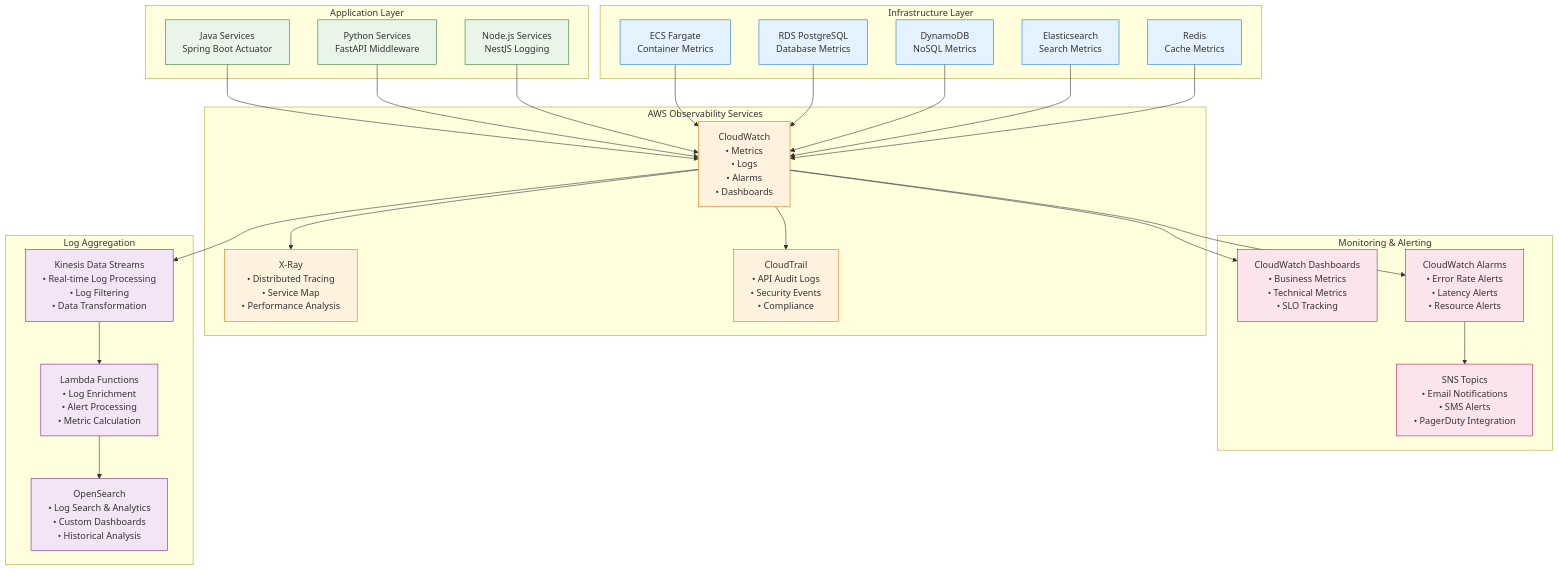
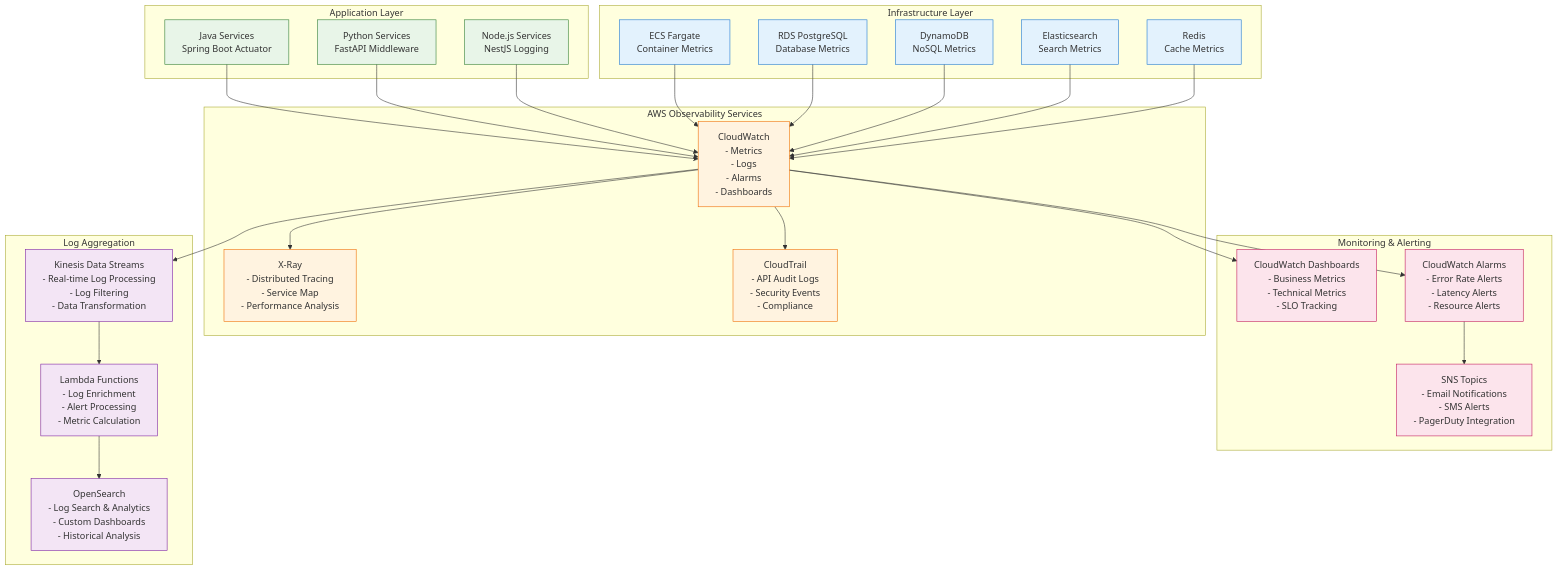
Diagram 12 of 13 in docs/architecture-diagrams.md (Sumitbhoyar/bookstore-microservices), drawn with Mermaid before and after one commit. The commit also changed other lines of this file, not shown here.

Commit message:
Refactor architecture diagrams for improved readability by changing bullet points from '•' to '-' in service descriptions across all layers.

````diff
--- a/docs/architecture-diagrams.md
+++ b/docs/architecture-diagrams.md
@@ -588,68 +588,68 @@
 ```mermaid
 graph TB
     subgraph "Application Layer"
         Java[Java Services<br/>Spring Boot Actuator]
         Python[Python Services<br/>FastAPI Middleware]
         NodeJS[Node.js Services<br/>NestJS Logging]
     end
 
     subgraph "Infrastructure Layer"
         ECS[ECS Fargate<br/>Container Metrics]
         RDS[RDS PostgreSQL<br/>Database Metrics]
         DynamoDB[DynamoDB<br/>NoSQL Metrics]
         Elastic[Elasticsearch<br/>Search Metrics]
         Redis[Redis<br/>Cache Metrics]
     end
 
     subgraph "AWS Observability Services"
-        CloudWatch[CloudWatch<br/>• Metrics<br/>• Logs<br/>• Alarms<br/>• Dashboards]
-        XRay[X-Ray<br/>• Distributed Tracing<br/>• Service Map<br/>• Performance Analysis]
-        CloudTrail[CloudTrail<br/>• API Audit Logs<br/>• Security Events<br/>• Compliance]
+        CloudWatch[CloudWatch<br/>- Metrics<br/>- Logs<br/>- Alarms<br/>- Dashboards]
+        XRay[X-Ray<br/>- Distributed Tracing<br/>- Service Map<br/>- Performance Analysis]
+        CloudTrail[CloudTrail<br/>- API Audit Logs<br/>- Security Events<br/>- Compliance]
     end
 
     subgraph "Monitoring & Alerting"
-        Dashboards[CloudWatch Dashboards<br/>• Business Metrics<br/>• Technical Metrics<br/>• SLO Tracking]
-        Alarms[CloudWatch Alarms<br/>• Error Rate Alerts<br/>• Latency Alerts<br/>• Resource Alerts]
-        SNS[SNS Topics<br/>• Email Notifications<br/>• SMS Alerts<br/>• PagerDuty Integration]
+        Dashboards[CloudWatch Dashboards<br/>- Business Metrics<br/>- Technical Metrics<br/>- SLO Tracking]
+        Alarms[CloudWatch Alarms<br/>- Error Rate Alerts<br/>- Latency Alerts<br/>- Resource Alerts]
+        SNS[SNS Topics<br/>- Email Notifications<br/>- SMS Alerts<br/>- PagerDuty Integration]
     end
 
     subgraph "Log Aggregation"
-        Kinesis[Kinesis Data Streams<br/>• Real-time Log Processing<br/>• Log Filtering<br/>• Data Transformation]
-        Lambda[Lambda Functions<br/>• Log Enrichment<br/>• Alert Processing<br/>• Metric Calculation]
-        OpenSearch[OpenSearch<br/>• Log Search & Analytics<br/>• Custom Dashboards<br/>• Historical Analysis]
+        Kinesis[Kinesis Data Streams<br/>- Real-time Log Processing<br/>- Log Filtering<br/>- Data Transformation]
+        Lambda[Lambda Functions<br/>- Log Enrichment<br/>- Alert Processing<br/>- Metric Calculation]
+        OpenSearch[OpenSearch<br/>- Log Search & Analytics<br/>- Custom Dashboards<br/>- Historical Analysis]
     end
 
     Java --> CloudWatch
     Python --> CloudWatch
     NodeJS --> CloudWatch
 
     ECS --> CloudWatch
     RDS --> CloudWatch
     DynamoDB --> CloudWatch
     Elastic --> CloudWatch
     Redis --> CloudWatch
 
     CloudWatch --> Dashboards
     CloudWatch --> Alarms
 
     Alarms --> SNS
 
     CloudWatch --> Kinesis
     Kinesis --> Lambda
     Lambda --> OpenSearch
 
     CloudWatch --> XRay
     CloudWatch --> CloudTrail
 
     classDef app fill:#e8f5e8,stroke:#2e7d32
     classDef infra fill:#e3f2fd,stroke:#1976d2
     classDef aws fill:#fff3e0,stroke:#ef6c00
     classDef monitoring fill:#fce4ec,stroke:#c2185b
     classDef logs fill:#f3e5f5,stroke:#7b1fa2
 
     class Java,Python,NodeJS app
     class ECS,RDS,DynamoDB,Elastic,Redis infra
     class CloudWatch,XRay,CloudTrail aws
     class Dashboards,Alarms,SNS monitoring
     class Kinesis,Lambda,OpenSearch logs
 ```
````
